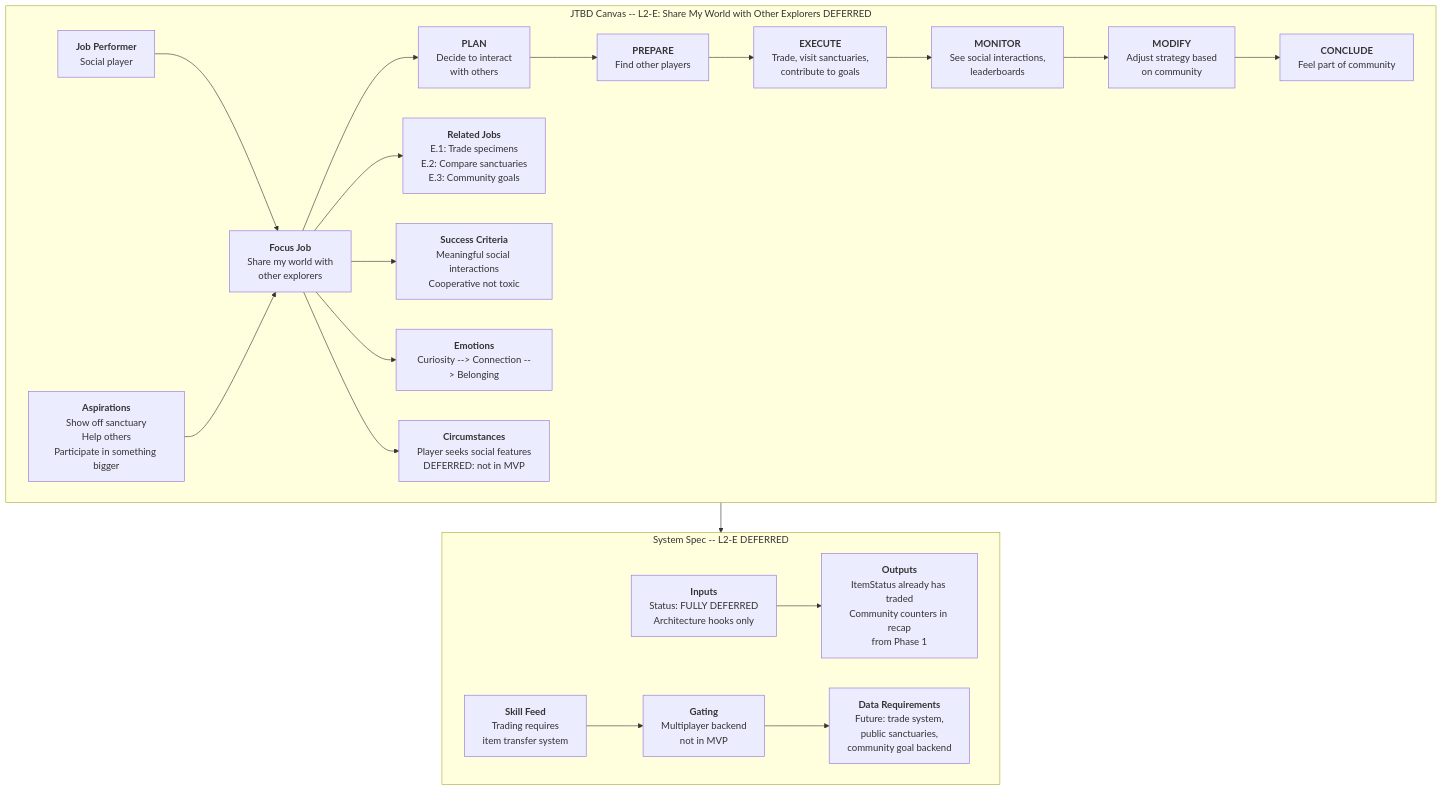
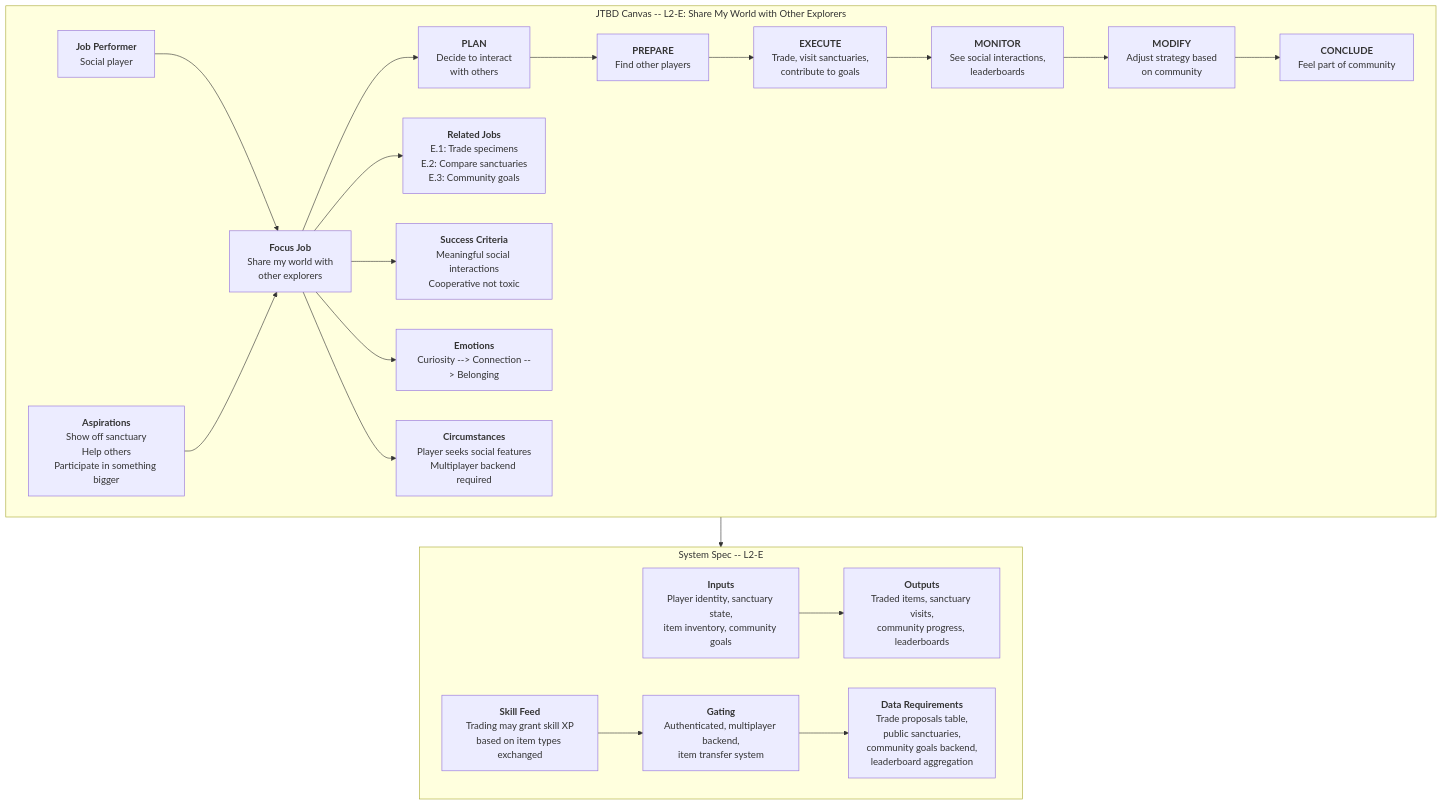
One commit to JMLegere/geo-app changed the diagram in docs/diagrams/problem/e-share-world.mmd. Above: the diagram before and after it, drawn with Mermaid. The commit also changed 8 other files, not shown here.

First line of the commit message:
docs: remove all DEFERRED status — everything is in scope

```diff
--- a/docs/diagrams/problem/e-share-world.mmd
+++ b/docs/diagrams/problem/e-share-world.mmd
@@ -1,39 +1,39 @@
 flowchart TD
-    subgraph JTBD["JTBD Canvas -- L2-E: Share My World with Other Explorers DEFERRED"]
+    subgraph JTBD["JTBD Canvas -- L2-E: Share My World with Other Explorers"]
         JP["<b>Job Performer</b><br/>Social player"]
         ASP["<b>Aspirations</b><br/>Show off sanctuary<br/>Help others<br/>Participate in something bigger"]
         FJ["<b>Focus Job</b><br/>Share my world with<br/>other explorers"]
         RJ["<b>Related Jobs</b><br/>E.1: Trade specimens<br/>E.2: Compare sanctuaries<br/>E.3: Community goals"]
         PLAN["<b>PLAN</b><br/>Decide to interact<br/>with others"]
         PREPARE["<b>PREPARE</b><br/>Find other players"]
         EXECUTE["<b>EXECUTE</b><br/>Trade, visit sanctuaries,<br/>contribute to goals"]
         MONITOR["<b>MONITOR</b><br/>See social interactions,<br/>leaderboards"]
         MODIFY["<b>MODIFY</b><br/>Adjust strategy based<br/>on community"]
         CONCLUDE["<b>CONCLUDE</b><br/>Feel part of community"]
         SC["<b>Success Criteria</b><br/>Meaningful social interactions<br/>Cooperative not toxic"]
         EM["<b>Emotions</b><br/>Curiosity --> Connection --> Belonging"]
-        CIRC["<b>Circumstances</b><br/>Player seeks social features<br/>DEFERRED: not in MVP"]
+        CIRC["<b>Circumstances</b><br/>Player seeks social features<br/>Multiplayer backend required"]
 
         JP --> FJ
         ASP --> FJ
         FJ --> PLAN
         PLAN --> PREPARE --> EXECUTE --> MONITOR --> MODIFY --> CONCLUDE
         FJ --> RJ
         FJ --> SC
         FJ --> EM
         FJ --> CIRC
     end
 
-    subgraph SystemSpec["System Spec -- L2-E DEFERRED"]
-        IN["<b>Inputs</b><br/>Status: FULLY DEFERRED<br/>Architecture hooks only"]
-        OUT["<b>Outputs</b><br/>ItemStatus already has traded<br/>Community counters in recap<br/>from Phase 1"]
-        SF["<b>Skill Feed</b><br/>Trading requires<br/>item transfer system"]
-        GT["<b>Gating</b><br/>Multiplayer backend<br/>not in MVP"]
-        DR["<b>Data Requirements</b><br/>Future: trade system,<br/>public sanctuaries,<br/>community goal backend"]
+    subgraph SystemSpec["System Spec -- L2-E"]
+        IN["<b>Inputs</b><br/>Player identity, sanctuary state,<br/>item inventory, community goals"]
+        OUT["<b>Outputs</b><br/>Traded items, sanctuary visits,<br/>community progress, leaderboards"]
+        SF["<b>Skill Feed</b><br/>Trading may grant skill XP<br/>based on item types exchanged"]
+        GT["<b>Gating</b><br/>Authenticated, multiplayer backend,<br/>item transfer system"]
+        DR["<b>Data Requirements</b><br/>Trade proposals table,<br/>public sanctuaries,<br/>community goals backend,<br/>leaderboard aggregation"]
 
         IN --> OUT
         SF --> GT
         GT --> DR
     end
 
     JTBD --> SystemSpec
```
